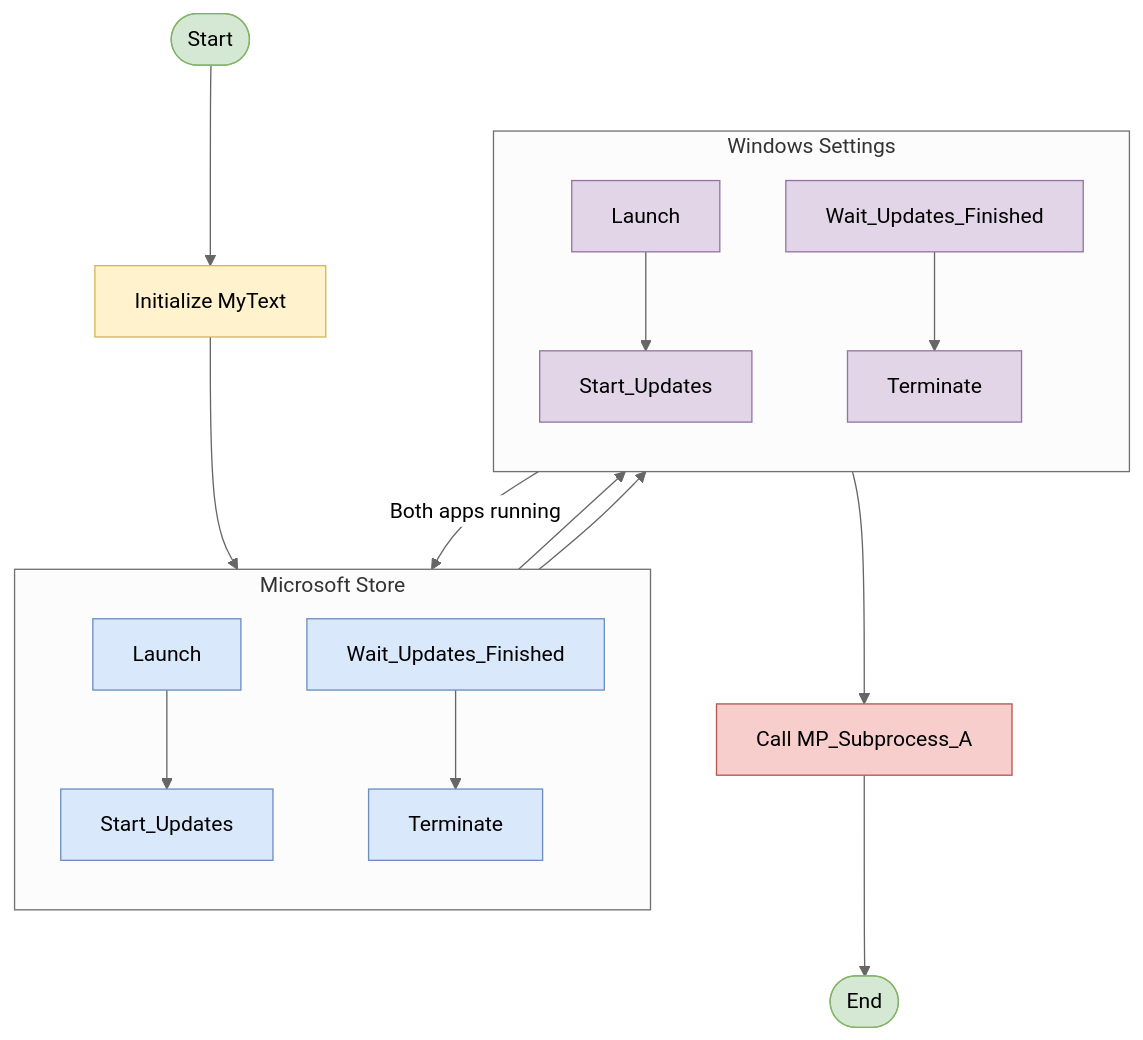
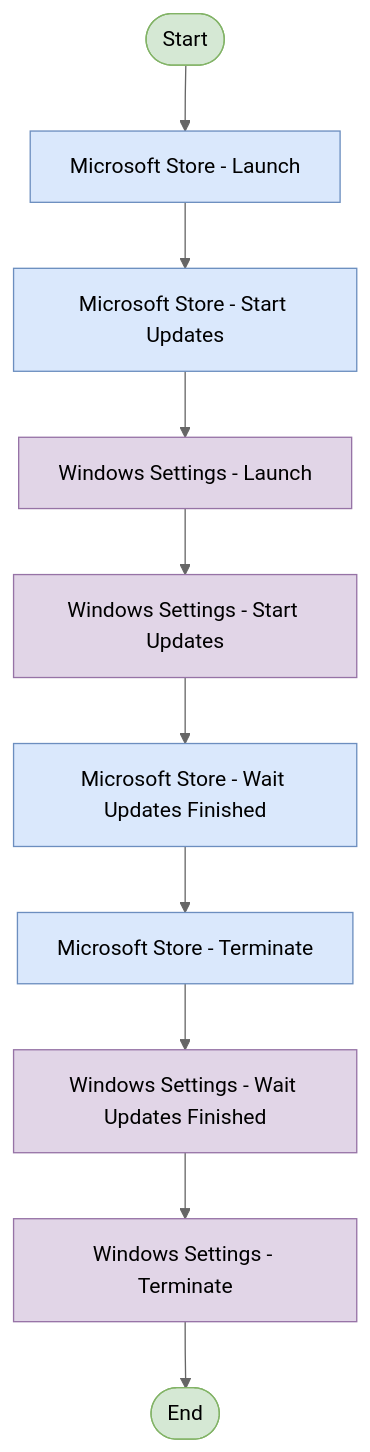
Before and after one commit to schirkan/bp-analyzer: the diagram in output/MP - System Update.md, drawn with Mermaid (neutral theme). The commit also changed other lines of this file and 2 other files, not shown here.

````diff
--- a/output/MP - System Update.md
+++ b/output/MP - System Update.md
@@ -5,47 +5,21 @@
 ```mermaid
 flowchart TD
-    Start([Start]) --> Init1[Initialize MyText]
-    
-    subgraph Microsoft_Store [Microsoft Store]
-        direction TB
-        MS_Launch[Launch]
-        MS_Start[Start_Updates]
-        MS_Wait[Wait_Updates_Finished]
-        MS_Term[Terminate]
-    end
-    
-    subgraph Windows_Settings [Windows Settings]
-        direction TB
-        WS_Launch[Launch]
-        WS_Start[Start_Updates]
-        WS_Wait[Wait_Updates_Finished]
-        WS_Term[Terminate]
-    end
-    
-    Init1 --> MS_Launch
-    MS_Launch --> MS_Start
-    MS_Start --> WS_Launch
-    WS_Launch --> WS_Start
-    
-    %% Both apps running in parallel
-    WS_Start -->|"Both apps running"| MS_Wait
-    MS_Wait --> MS_Term
-    MS_Term --> WS_Wait
-    WS_Wait --> WS_Term
-    
-    WS_Term --> Subprocess[Call MP_Subprocess_A]
-    Subprocess --> End([End])
+    Start([Start]) --> MS_Launch[Microsoft Store - Launch]
+    MS_Launch --> MS_Start[Microsoft Store - Start Updates]
+    MS_Start --> WS_Launch[Windows Settings - Launch]
+    WS_Launch --> WS_Start[Windows Settings - Start Updates]
+    WS_Start --> MS_Wait[Microsoft Store - Wait Updates Finished]
+    MS_Wait --> MS_Term[Microsoft Store - Terminate]
+    MS_Term --> WS_Wait[Windows Settings - Wait Updates Finished]
+    WS_Wait --> WS_Term[Windows Settings - Terminate]
+    WS_Term --> End([End])
     
     %% Styling
-    classDef init fill:#fff2cc,stroke:#d6b656;
     classDef ms fill:#dae8fc,stroke:#6c8ebf;
     classDef ws fill:#e1d5e7,stroke:#9673a6;
-    classDef sub fill:#f8cecc,stroke:#b85450;
     classDef startEnd fill:#d5e8d4,stroke:#82b366;
     
-    class Init1 init;
     class MS_Launch,MS_Start,MS_Wait,MS_Term ms;
     class WS_Launch,WS_Start,WS_Wait,WS_Term ws;
-    class Subprocess sub;
     class Start,End startEnd;
 ```
````
